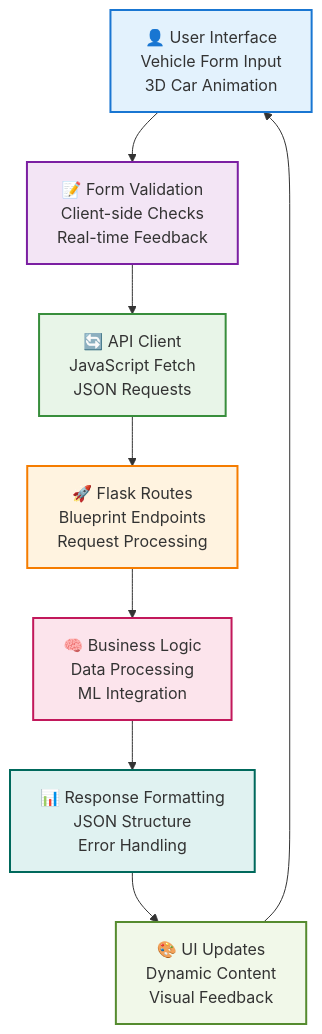
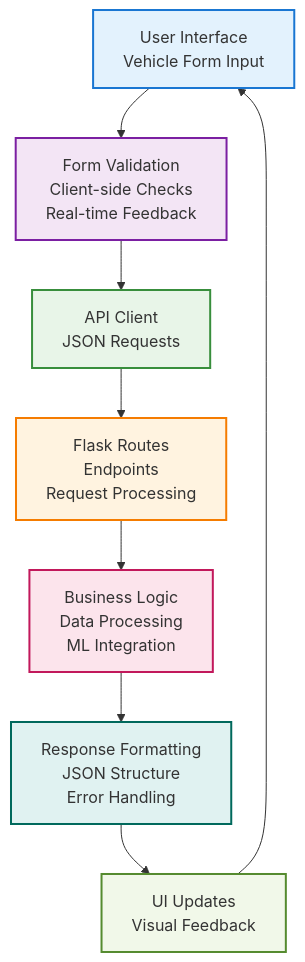
The second of 2 diagrams in docs/architecture/components.md (andreaendigital/CarPricePredictor-Demo), drawn with Mermaid before and after one commit. The commit also changed other lines of this file, not shown here.

````diff
--- a/docs/architecture/components.md
+++ b/docs/architecture/components.md
@@ -103,27 +59,27 @@
 ```mermaid
 flowchart TD
-    A[👤 User Interface<br/>Vehicle Form Input<br/>3D Car Animation] --> B[📝 Form Validation<br/>Client-side Checks<br/>Real-time Feedback]
-    B --> C[🔄 API Client<br/>JavaScript Fetch<br/>JSON Requests]
-    C --> D[🚀 Flask Routes<br/>Blueprint Endpoints<br/>Request Processing]
-    D --> E[🧠 Business Logic<br/>Data Processing<br/>ML Integration]
-    E --> F[📊 Response Formatting<br/>JSON Structure<br/>Error Handling]
-    F --> G[🎨 UI Updates<br/>Dynamic Content<br/>Visual Feedback]
+    A[User Interface<br/>Vehicle Form Input<br/>] --> B[Form Validation<br/>Client-side Checks<br/>Real-time Feedback]
+    B --> C[API Client<br/>JSON Requests<br/>]
+    C --> D[Flask Routes<br/>Endpoints<br/>Request Processing]
+    D --> E[Business Logic<br/>Data Processing<br/>ML Integration]
+    E --> F[Response Formatting<br/>JSON Structure<br/>Error Handling]
+    F --> G[UI Updates<br/>Visual Feedback<br/>]
     G --> A
 
     %% Professional styling
     classDef ui fill:#e3f2fd,stroke:#1976d2,stroke-width:2px
     classDef validation fill:#f3e5f5,stroke:#7b1fa2,stroke-width:2px
     classDef api fill:#e8f5e8,stroke:#388e3c,stroke-width:2px
     classDef routes fill:#fff3e0,stroke:#f57c00,stroke-width:2px
     classDef logic fill:#fce4ec,stroke:#c2185b,stroke-width:2px
     classDef response fill:#e0f2f1,stroke:#00695c,stroke-width:2px
     classDef update fill:#f1f8e9,stroke:#558b2f,stroke-width:2px
 
     class A ui
     class B validation
     class C api
     class D routes
     class E logic
     class F response
     class G update
 ```
````
